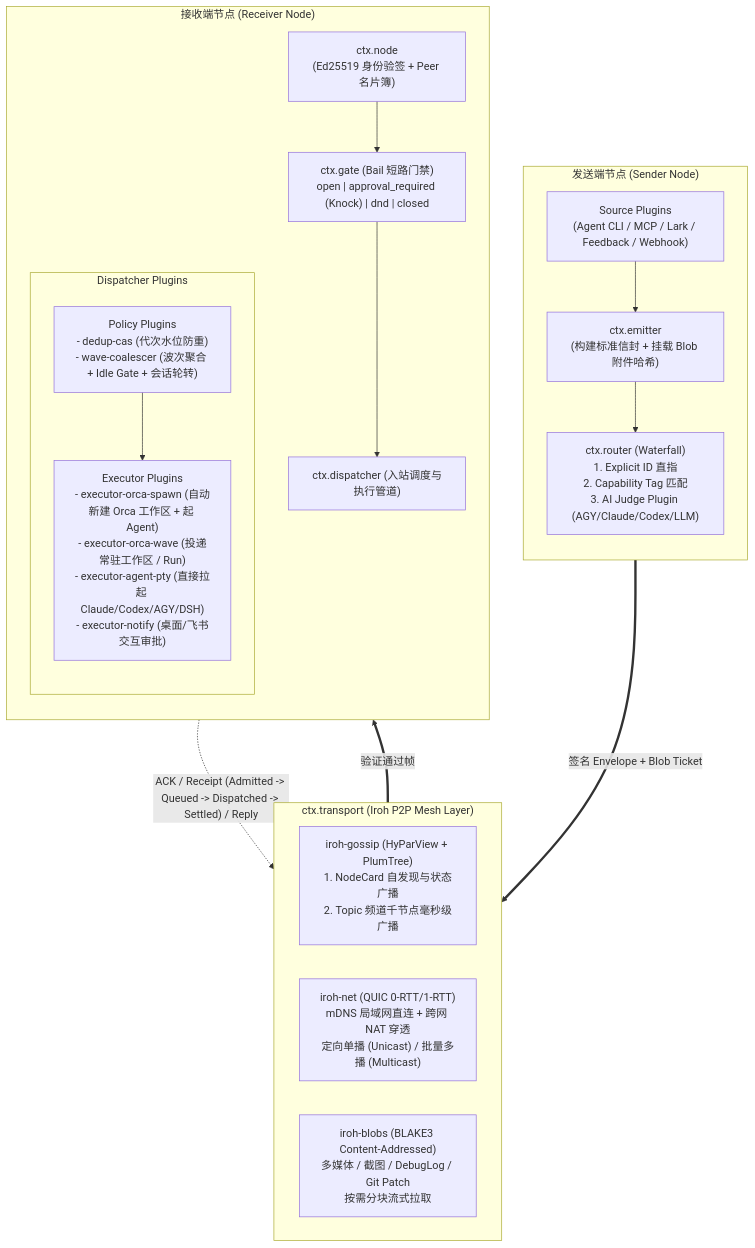
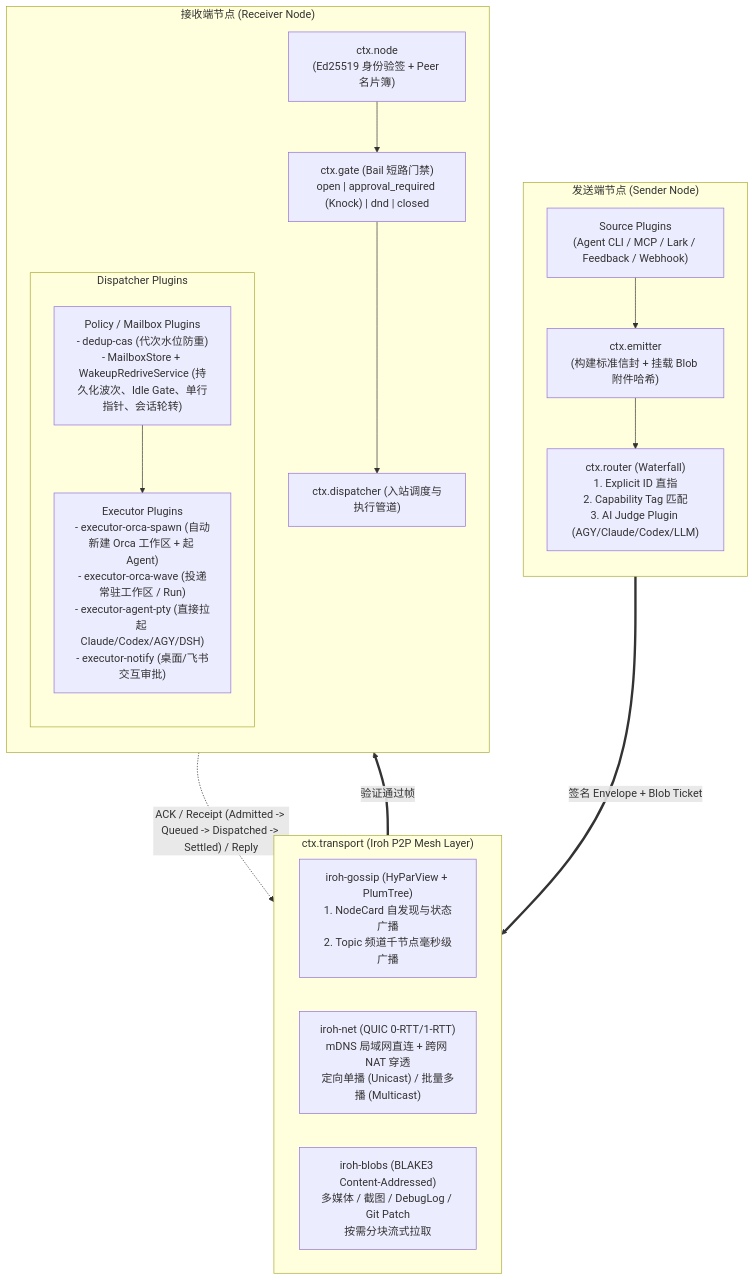
One commit to sensebeing/the-dealer changed the diagram in docs/architecture.md. Above: the diagram before and after it, drawn with Mermaid. The commit also changed other lines of this file and 23 other files, not shown here.

First line of the commit message:
feat(mailbox): durable wakeup redrive and non-blocking session control

````diff
--- a/docs/architecture.md
+++ b/docs/architecture.md
@@ -48,37 +48,37 @@
 ```mermaid
 flowchart TB
     subgraph OutboundNode["发送端节点 (Sender Node)"]
         direction TB
         Src["Source Plugins<br/>(Agent CLI / MCP / Lark / Feedback / Webhook)"]
         Emit["ctx.emitter<br/>(构建标准信封 + 挂载 Blob 附件哈希)"]
         Route["ctx.router (Waterfall)<br/>1. Explicit ID 直指<br/>2. Capability Tag 匹配<br/>3. AI Judge Plugin (AGY/Claude/Codex/LLM)"]
         Src --> Emit --> Route
     end
 
     subgraph IrohMesh["ctx.transport (Iroh P2P Mesh Layer)"]
         direction LR
         Gossip["iroh-gossip (HyParView + PlumTree)<br/>1. NodeCard 自发现与状态广播<br/>2. Topic 频道千节点毫秒级广播"]
         Quic["iroh-net (QUIC 0-RTT/1-RTT)<br/>mDNS 局域网直连 + 跨网 NAT 穿透<br/>定向单播 (Unicast) / 批量多播 (Multicast)"]
         Blobs["iroh-blobs (BLAKE3 Content-Addressed)<br/>多媒体 / 截图 / DebugLog / Git Patch<br/>按需分块流式拉取"]
     end
 
     subgraph InboundNode["接收端节点 (Receiver Node)"]
         direction TB
         NodeSvc["ctx.node<br/>(Ed25519 身份验签 + Peer 名片簿)"]
         Gate["ctx.gate (Bail 短路门禁)<br/>open | approval_required (Knock) | dnd | closed"]
         Disp["ctx.dispatcher (入站调度与执行管道)"]
         
         subgraph DispPipeline["Dispatcher Plugins"]
             direction TB
-            Pol["Policy Plugins<br/>- dedup-cas (代次水位防重)<br/>- wave-coalescer (波次聚合 + Idle Gate + 会话轮转)"]
+            Pol["Policy / Mailbox Plugins<br/>- dedup-cas (代次水位防重)<br/>- MailboxStore + WakeupRedriveService (持久化波次、Idle Gate、单行指针、会话轮转)"]
             Exec["Executor Plugins<br/>- executor-orca-spawn (自动新建 Orca 工作区 + 起 Agent)<br/>- executor-orca-wave (投递常驻工作区 / Run)<br/>- executor-agent-pty (直接拉起 Claude/Codex/AGY/DSH)<br/>- executor-notify (桌面/飞书交互审批)"]
             Pol --> Exec
         end
 
         NodeSvc --> Gate --> Disp
     end
 
     Route == "签名 Envelope + Blob Ticket" ==> IrohMesh
     IrohMesh == "验证通过帧" ==> NodeSvc
     Disp -. "ACK / Receipt (Admitted -> Queued -> Dispatched -> Settled) / Reply" .-> IrohMesh
 ```
````
